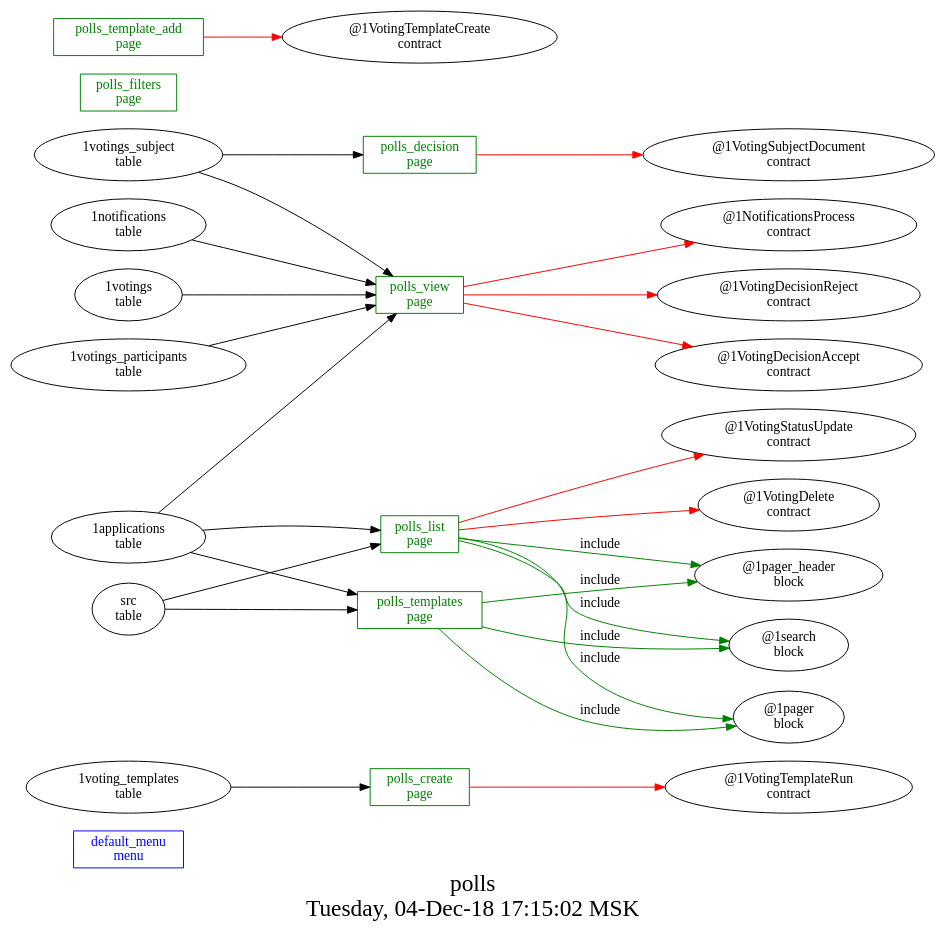
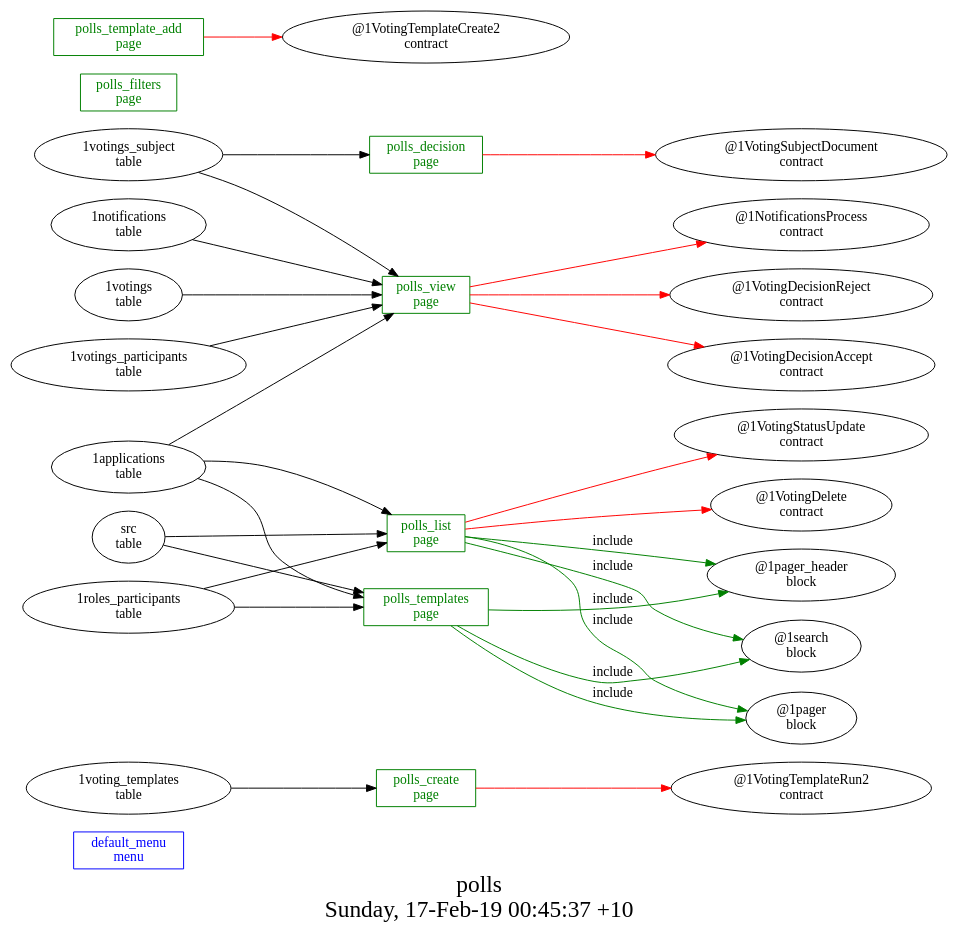
The diagram in platform_apps/polls/struct.dot (AplaProject/apps), drawn with Graphviz before and after one commit. The commit also changed 14 other files, not shown here.

```diff
--- a/platform_apps/polls/struct.dot
+++ b/platform_apps/polls/struct.dot
@@ -1,41 +1,43 @@
 digraph G {
 fontsize="24";
-label="polls\nTuesday, 04-Dec-18 17:15:02 MSK";
+label="polls\nSunday, 17-Feb-19 00:45:37 +10";
 nojustify=true;
 ordering=out;
 rankdir=LR;
 size="30";
 "default_menu\nmenu" [color=blue, fontcolor=blue, group=menus, shape=record];
-"polls_create\npage" -> "@1VotingTemplateRun\ncontract"  [ color=red ]
+"polls_create\npage" -> "@1VotingTemplateRun2\ncontract"  [ color=red ]
 "1voting_templates\ntable" -> "polls_create\npage"
 "polls_create\npage" [color=green, fontcolor=green, group=pages, shape=record];
 "polls_decision\npage" -> "@1VotingSubjectDocument\ncontract"  [ color=red ]
 "1votings_subject\ntable" -> "polls_decision\npage"
 "polls_decision\npage" [color=green, fontcolor=green, group=pages, shape=record];
 "polls_filters\npage" [color=green, fontcolor=green, group=pages, shape=record];
 "polls_list\npage" -> "@1VotingStatusUpdate\ncontract"  [ color=red ]
 "polls_list\npage" -> "@1VotingDelete\ncontract"  [ color=red ]
 "1applications\ntable" -> "polls_list\npage"
+"1roles_participants\ntable" -> "polls_list\npage"
 "src\ntable" -> "polls_list\npage"
 "polls_list\npage" -> "@1pager_header\nblock"  [ color=green, label=include ]
 "polls_list\npage" -> "@1search\nblock"  [ color=green, label=include ]
 "polls_list\npage" -> "@1pager\nblock"  [ color=green, label=include ]
 "polls_list\npage" [color=green, fontcolor=green, group=pages, shape=record];
-"polls_template_add\npage" -> "@1VotingTemplateCreate\ncontract"  [ color=red ]
+"polls_template_add\npage" -> "@1VotingTemplateCreate2\ncontract"  [ color=red ]
 "polls_template_add\npage" [color=green, fontcolor=green, group=pages, shape=record];
 "1applications\ntable" -> "polls_templates\npage"
+"1roles_participants\ntable" -> "polls_templates\npage"
 "src\ntable" -> "polls_templates\npage"
 "polls_templates\npage" -> "@1pager_header\nblock"  [ color=green, label=include ]
 "polls_templates\npage" -> "@1search\nblock"  [ color=green, label=include ]
 "polls_templates\npage" -> "@1pager\nblock"  [ color=green, label=include ]
 "polls_templates\npage" [color=green, fontcolor=green, group=pages, shape=record];
 "polls_view\npage" -> "@1NotificationsProcess\ncontract"  [ color=red ]
 "polls_view\npage" -> "@1VotingDecisionReject\ncontract"  [ color=red ]
 "polls_view\npage" -> "@1VotingDecisionAccept\ncontract"  [ color=red ]
 "1applications\ntable" -> "polls_view\npage"
 "1notifications\ntable" -> "polls_view\npage"
 "1votings\ntable" -> "polls_view\npage"
 "1votings_participants\ntable" -> "polls_view\npage"
 "1votings_subject\ntable" -> "polls_view\npage"
 "polls_view\npage" [color=green, fontcolor=green, group=pages, shape=record];
 }
```
